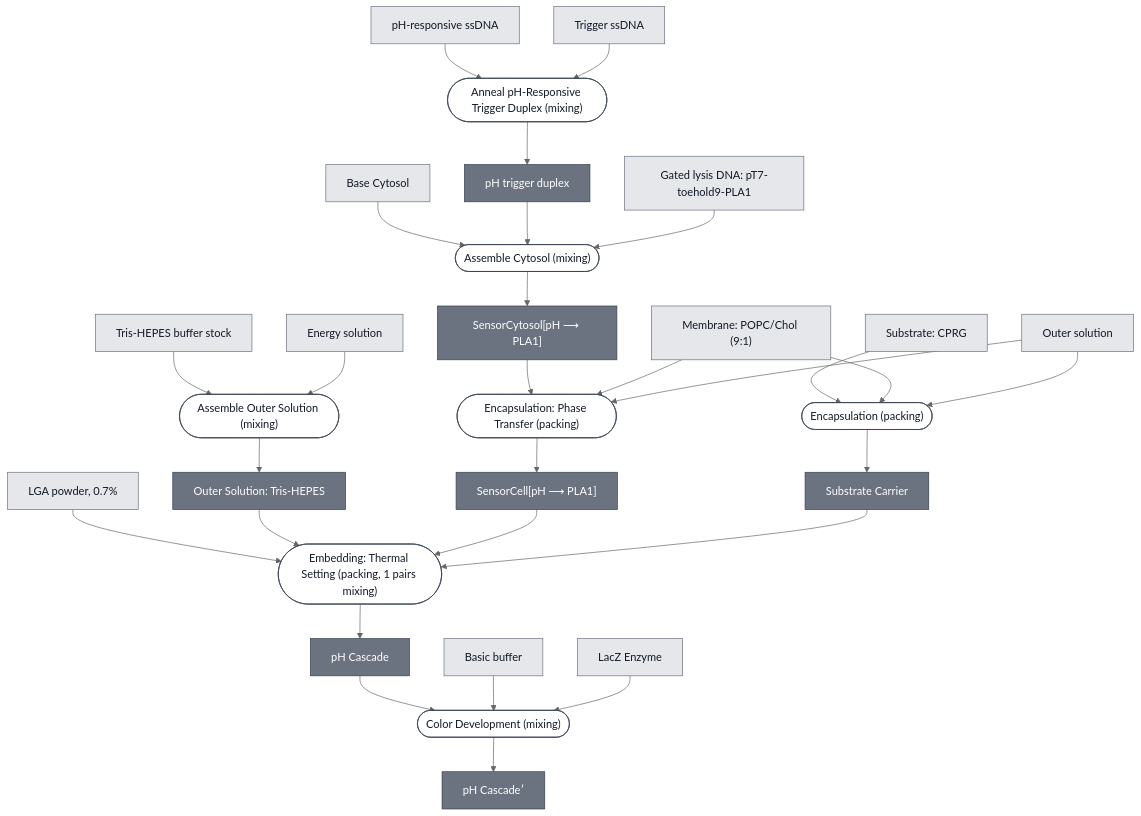
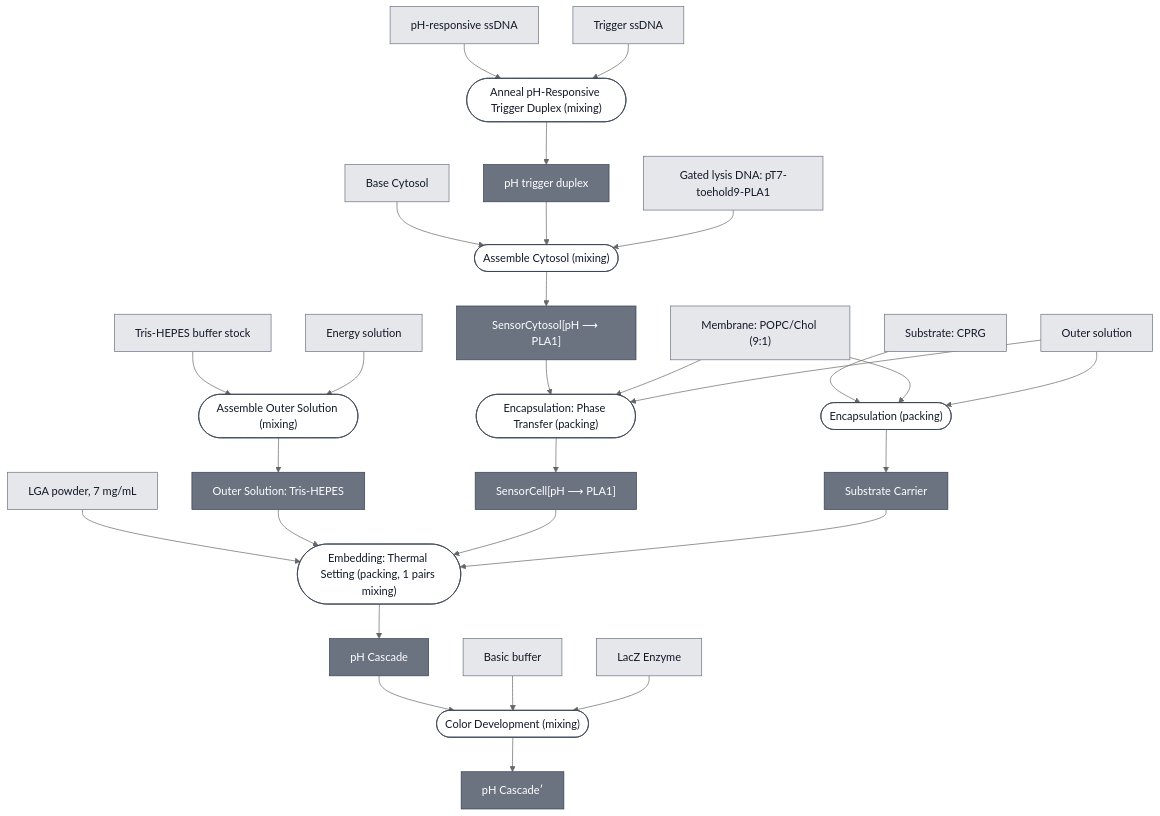
The diagram in docs/modules/ph-cascade/spec.md (nucleus-eng/nucleus-docs), drawn with Mermaid (neutral theme) before and after one commit. The commit also changed other lines of this file and 88 other files, not shown here.

```diff
--- a/docs/modules/ph-cascade/spec.md
+++ b/docs/modules/ph-cascade/spec.md
@@ -43,7 +43,7 @@
     SUBSTRATE_CPRG["Substrate: CPRG"]
     BASIC_BUFFER["Basic buffer"]
     REPORTER_LACZ_ENZYME["LacZ Enzyme"]
-    LGA_POWDER["LGA powder, 0.7%"]
+    LGA_POWDER["LGA powder, 7 mg/mL"]
     TRIS_HEPES_STOCK["Tris-HEPES buffer stock"]
     ENERGY_SOLUTION["Energy solution"]
 
```
